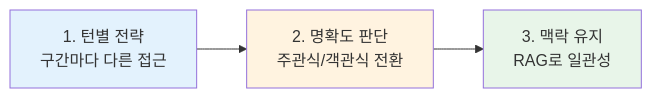
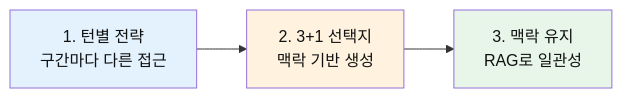
One commit to Collegenie-X/AIMakerLab_Web changed diagram 15 of 23 in documents/6차식/6차시_고등_대화형스토리Agent_역공부.md. Above: the diagram before and after it, drawn with Mermaid. The commit also changed other lines of this file and 24 other files, not shown here.

````diff
--- a/documents/6차식/6차시_고등_대화형스토리Agent_역공부.md
+++ b/documents/6차식/6차시_고등_대화형스토리Agent_역공부.md
@@ -1060,9 +1419,9 @@
 ```mermaid
 graph LR
-    A[1. 턴별 전략<br/>구간마다 다른 접근] --> B[2. 명확도 판단<br/>주관식/객관식 전환]
+    A[1. 턴별 전략<br/>구간마다 다른 접근] --> B[2. 3+1 선택지<br/>맥락 기반 생성]
     B --> C[3. 맥락 유지<br/>RAG로 일관성]
     
-    style A fill:#e3f2fd
-    style B fill:#fff3e0
-    style C fill:#e8f5e9
+    style A fill:#e3f2fd,color:#111
+    style B fill:#fff3e0,color:#111
+    style C fill:#e8f5e9,color:#111
 ```
````
